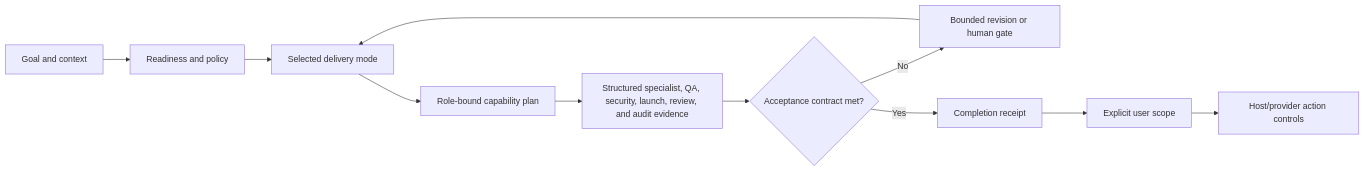
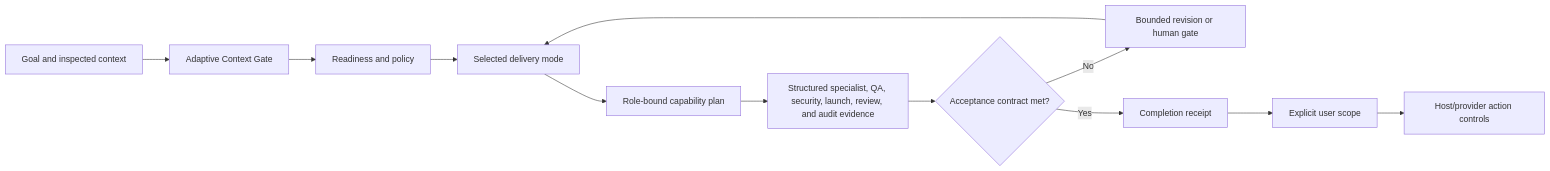
Before and after one commit to JarodFroneman/jstack: the first of 2 diagrams in README.md, drawn with Mermaid. The commit also changed other lines of this file and 56 other files, not shown here.

Commit message:
feat: add adaptive context gate

````diff
--- a/README.md
+++ b/README.md
@@ -101,13 +119,14 @@
 ```mermaid
 flowchart LR
-    A[Goal and context] --> B[Readiness and policy]
+    A[Goal and inspected context] --> Q[Adaptive Context Gate]
+    Q --> B[Readiness and policy]
     B --> C[Selected delivery mode]
     C --> K[Role-bound capability plan]
     K --> D[Structured specialist, QA, security, launch, review, and audit evidence]
     D --> E{Acceptance contract met?}
     E -- No --> F[Bounded revision or human gate]
     F --> C
     E -- Yes --> G[Completion receipt]
     G --> H[Explicit user scope]
     H --> I[Host/provider action controls]
 ```
````
